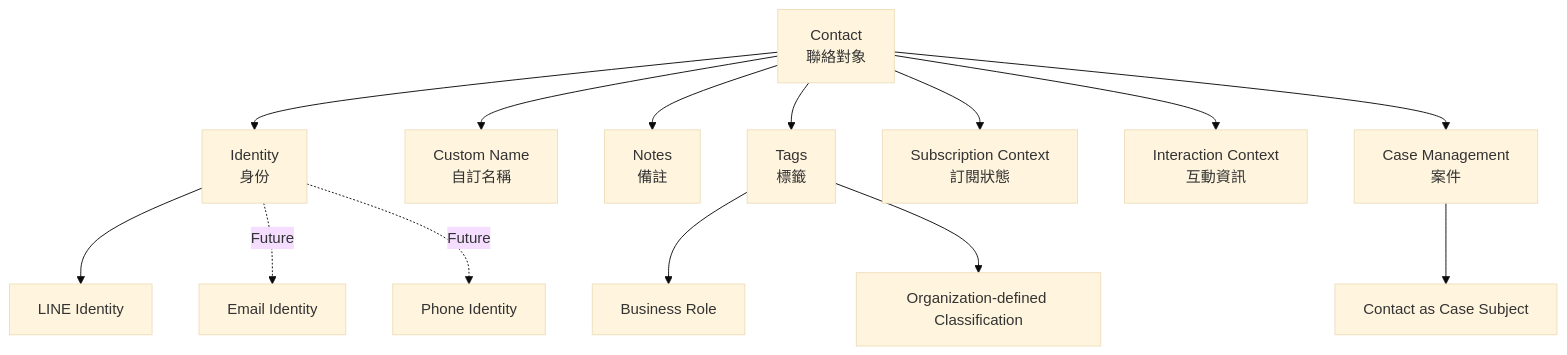
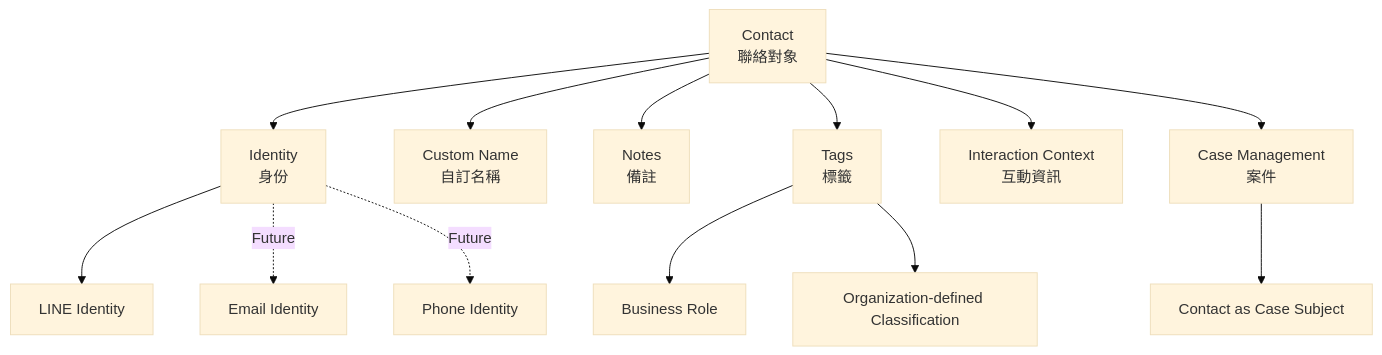
Before and after one commit to bruce-yang-422/LINE_Automa: the seventh of 8 diagrams in docs/功能規格/聯絡人管理規格.md, drawn with Mermaid (base theme). The commit also changed other lines of this file and 49 other files, not shown here.

First line of the commit message:
feat: 移除報告中心並新增關鍵字訂閱與公開圖片素材 / remove report center, add keyword subscriptions and public media

````diff
--- a/docs/功能規格/聯絡人管理規格.md
+++ b/docs/功能規格/聯絡人管理規格.md
@@ -1581,22 +1562,21 @@
 ```mermaid
 flowchart TD
     A[Contact<br/>聯絡對象]
 
     A --> B[Identity<br/>身份]
     A --> C[Custom Name<br/>自訂名稱]
     A --> D[Notes<br/>備註]
     A --> E[Tags<br/>標籤]
-    A --> F[Subscription Context<br/>訂閱狀態]
     A --> G[Interaction Context<br/>互動資訊]
     A --> H[Case Management<br/>案件]
 
     B --> B1[LINE Identity]
 
     B -. Future .-> B2[Email Identity]
     B -. Future .-> B3[Phone Identity]
 
     E --> E1[Business Role]
     E --> E2[Organization-defined Classification]
 
     H --> H1[Contact as Case Subject]
 ```
````
